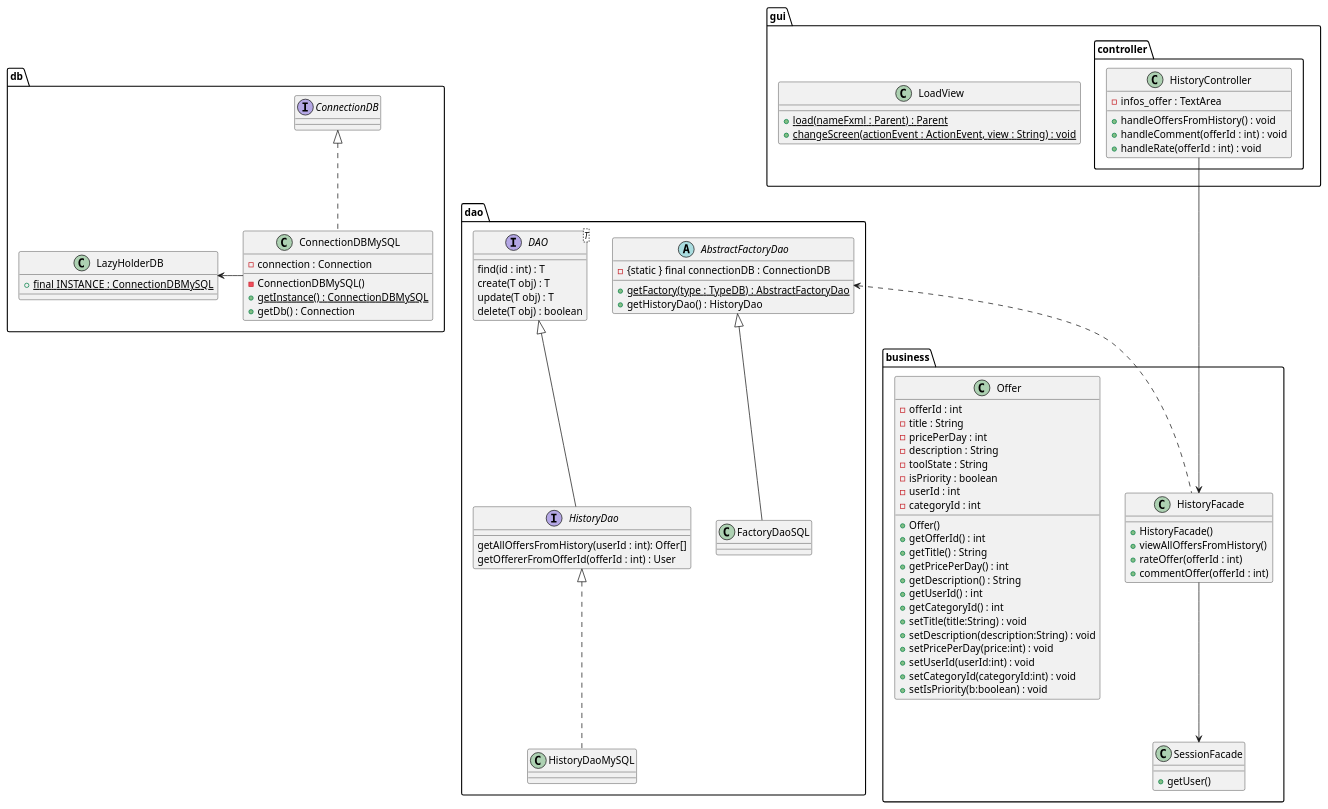
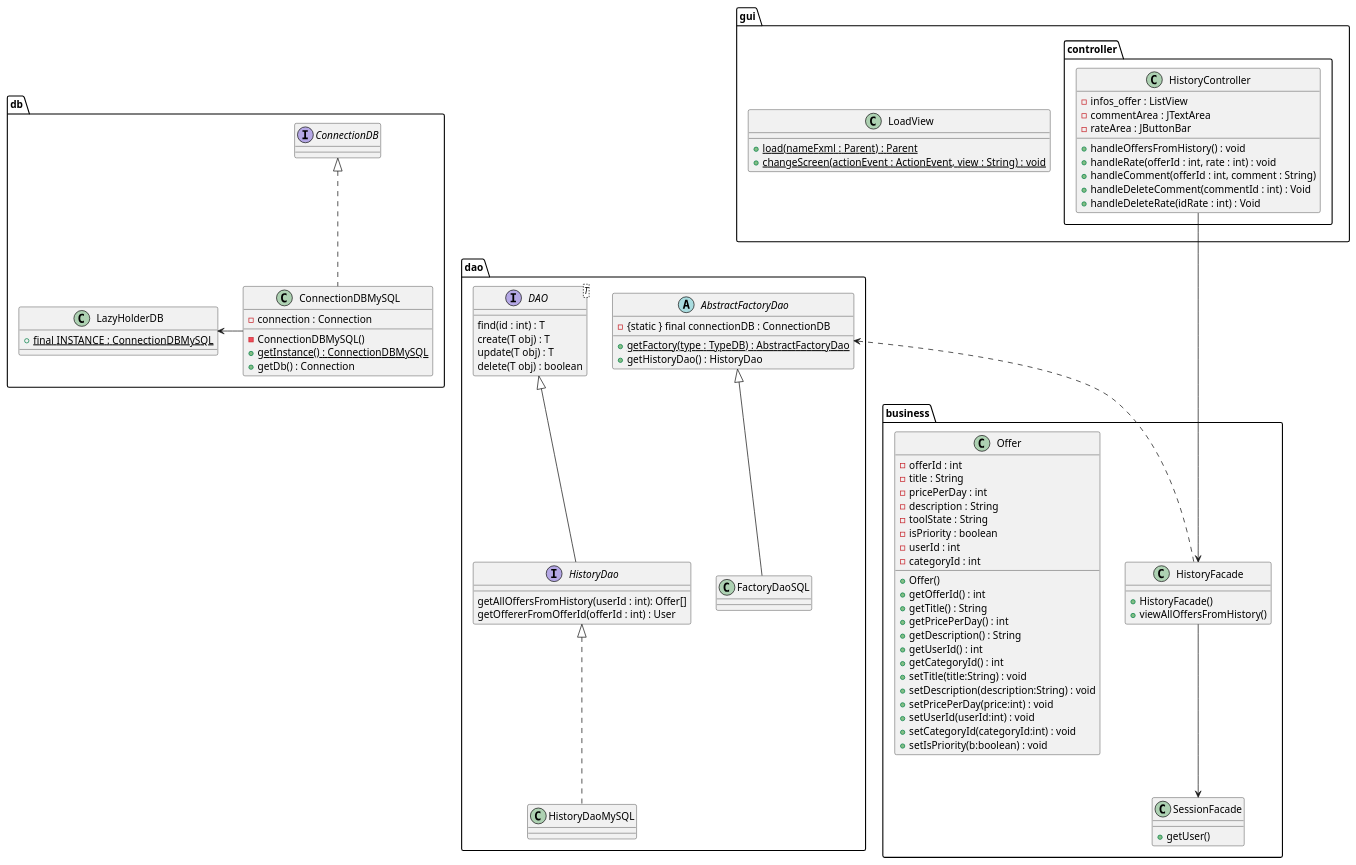
One commit to LaunoisRemy/ToolShare changed the diagram in documents/diagram/history/historyClass.puml. Above: the diagram before and after it, drawn with PlantUML. The commit also changed 1 other file, not shown here.

Commit message:
UML : Sync history Controller

```diff
--- a/documents/diagram/history/historyClass.puml
+++ b/documents/diagram/history/historyClass.puml
@@ -1,109 +1,112 @@
 @startuml
 
 package dao {
 
 
     interface HistoryDao{
         getAllOffersFromHistory(userId : int): Offer[]
         getOffererFromOfferId(offerId : int) : User
     }
     class HistoryDaoMySQL
     AbstractFactoryDao <|-- FactoryDaoSQL
     HistoryDao <|.. HistoryDaoMySQL
 
     interface DAO<T>{
         find(id : int) : T
         create(T obj) : T
         update(T obj) : T
         delete(T obj) : boolean
     }
 
     abstract AbstractFactoryDao{
         - {static } final connectionDB : ConnectionDB
         + {static} getFactory(type : TypeDB) : AbstractFactoryDao
         + getHistoryDao() : HistoryDao
     }
 
     class FactoryDaoSQL{
     }
 
 
     DAO <|-- HistoryDao
 }
 package db{
     class ConnectionDBMySQL{
         - connection : Connection
         - ConnectionDBMySQL()
         + {static} getInstance() : ConnectionDBMySQL
         + getDb() : Connection
     }
 
     class LazyHolderDB{
         + {static} final INSTANCE : ConnectionDBMySQL
     }
     interface ConnectionDB
     ConnectionDBMySQL -Left-> LazyHolderDB
     ConnectionDBMySQL .up.|> ConnectionDB
 
 }
 package business{
     class SessionFacade{
             + getUser()
         }
 
     class HistoryFacade{
         + HistoryFacade()
         + viewAllOffersFromHistory()
-        + rateOffer(offerId : int)
-        + commentOffer(offerId : int)
     }
 
     class Offer{
         -offerId : int
         -title : String
         -pricePerDay : int
         -description : String
         -toolState : String
         -isPriority : boolean
         -userId : int
         -categoryId : int
         + Offer()
         + getOfferId() : int
         + getTitle() : String
         + getPricePerDay() : int
         + getDescription() : String
         + getUserId() : int
         + getCategoryId() : int
         + setTitle(title:String) : void
         + setDescription(description:String) : void
         + setPricePerDay(price:int) : void
         + setUserId(userId:int) : void
         + setCategoryId(categoryId:int) : void
         + setIsPriority(b:boolean) : void
     }
     HistoryFacade --> SessionFacade
 
 }
 
 package gui{
 
     class LoadView{
         + {static} load(nameFxml : Parent) : Parent
         + {static} changeScreen(actionEvent : ActionEvent, view : String) : void
     }
 
     package controller{
         class HistoryController{
-            - infos_offer : TextArea
+            - infos_offer : ListView
+            - commentArea : JTextArea
+            - rateArea : JButtonBar
             + handleOffersFromHistory() : void
-            + handleComment(offerId : int) : void
-            + handleRate(offerId : int) : void
+            + handleRate(offerId : int, rate : int) : void
+            + handleComment(offerId : int, comment : String)
+            + handleDeleteComment(commentId : int) : Void
+            + handleDeleteRate(idRate : int) : Void
+
         }
     }
 }
 HistoryFacade <--Up- HistoryController
 HistoryFacade .Up.> AbstractFactoryDao
 
 
 
 @enduml
```
